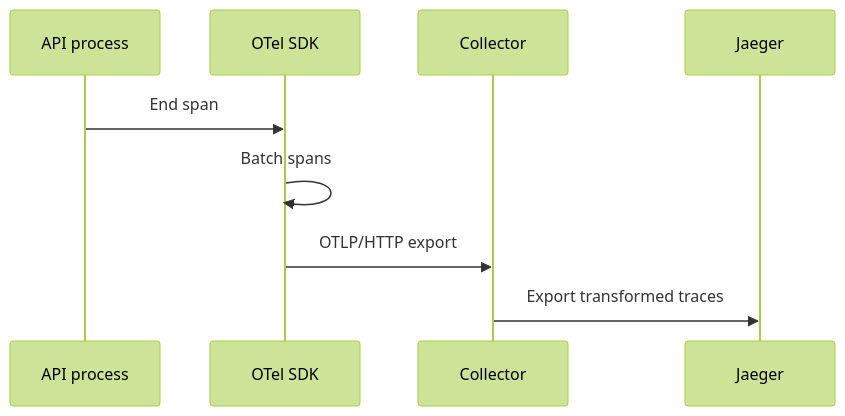
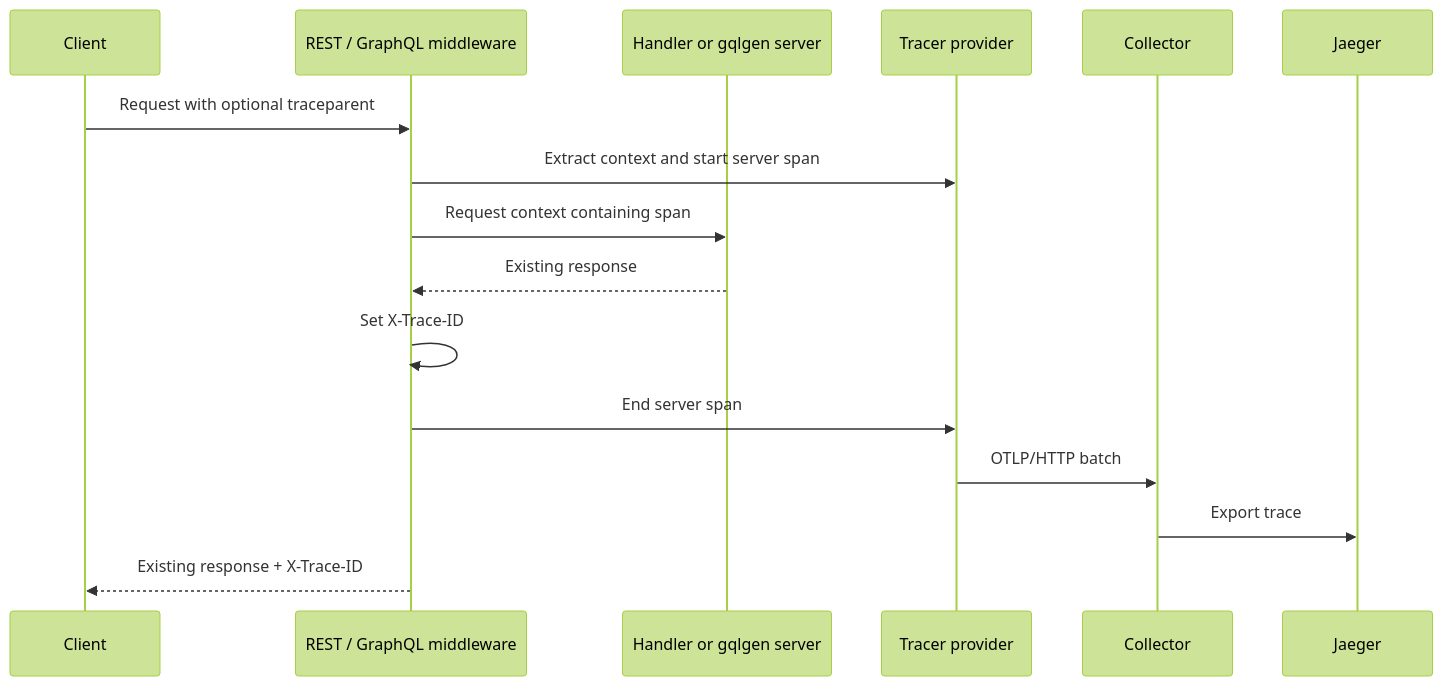
The diagram in docs/diagrams/traces-flow.mermaid (bfrancisco/quotes-api-app), drawn with Mermaid (forest theme) before and after one commit.

Commit message:
edit: traces diagram

```diff
--- a/docs/diagrams/traces-flow.mermaid
+++ b/docs/diagrams/traces-flow.mermaid
@@ -1,10 +1,17 @@
 sequenceDiagram
-    participant App as API process
-    participant SDK as OTel SDK
+    participant Client
+    participant HTTP as REST / GraphQL middleware
+    participant Handler as Handler or gqlgen server
+    participant OTel as Tracer provider
     participant Collector
     participant Jaeger
 
-    App->>SDK: End span
-    SDK->>SDK: Batch spans
-    SDK->>Collector: OTLP/HTTP export
-    Collector->>Jaeger: Export transformed traces
+    Client->>HTTP: Request with optional traceparent
+    HTTP->>OTel: Extract context and start server span
+    HTTP->>Handler: Request context containing span
+    Handler-->>HTTP: Existing response
+    HTTP->>HTTP: Set X-Trace-ID
+    HTTP->>OTel: End server span
+    OTel->>Collector: OTLP/HTTP batch
+    Collector->>Jaeger: Export trace
+    HTTP-->>Client: Existing response + X-Trace-ID
```
